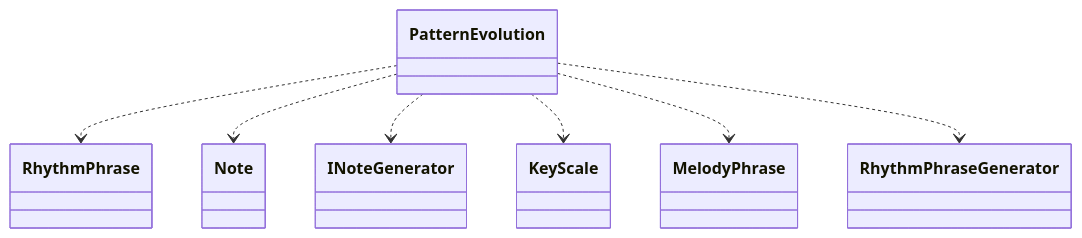
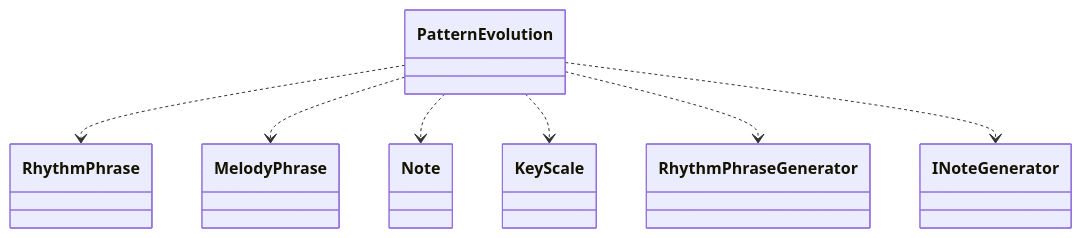
Before and after one commit to schnock-art/project_inspector: diagram 38 of 39 in test/test.md, drawn with Mermaid. The commit also changed other lines of this file and 3 other files, not shown here.

````diff
--- a/test/test.md
+++ b/test/test.md
@@ -778,9 +655,9 @@
 ```mermaid
 classDiagram
 PatternEvolution ..> RhythmPhrase
+PatternEvolution ..> MelodyPhrase
 PatternEvolution ..> Note
+PatternEvolution ..> KeyScale
+PatternEvolution ..> RhythmPhraseGenerator
 PatternEvolution ..> INoteGenerator
-PatternEvolution ..> KeyScale
-PatternEvolution ..> MelodyPhrase
-PatternEvolution ..> RhythmPhraseGenerator
 ```
````
